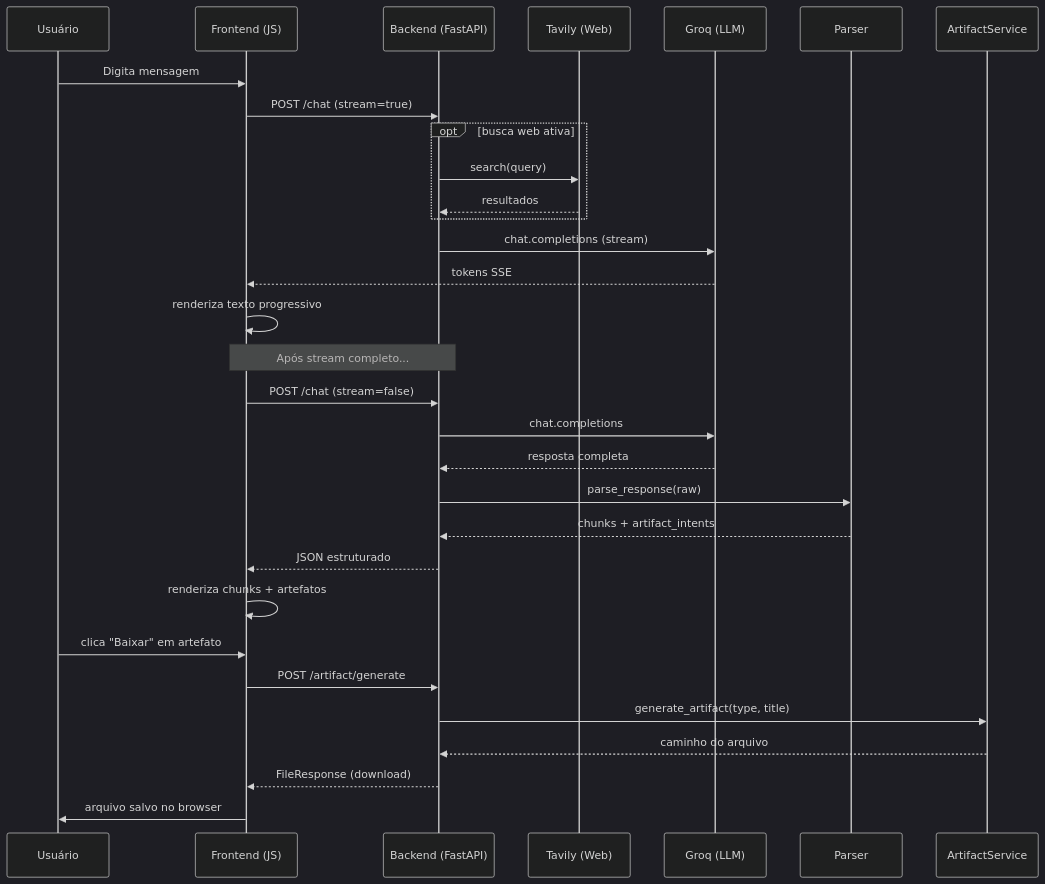
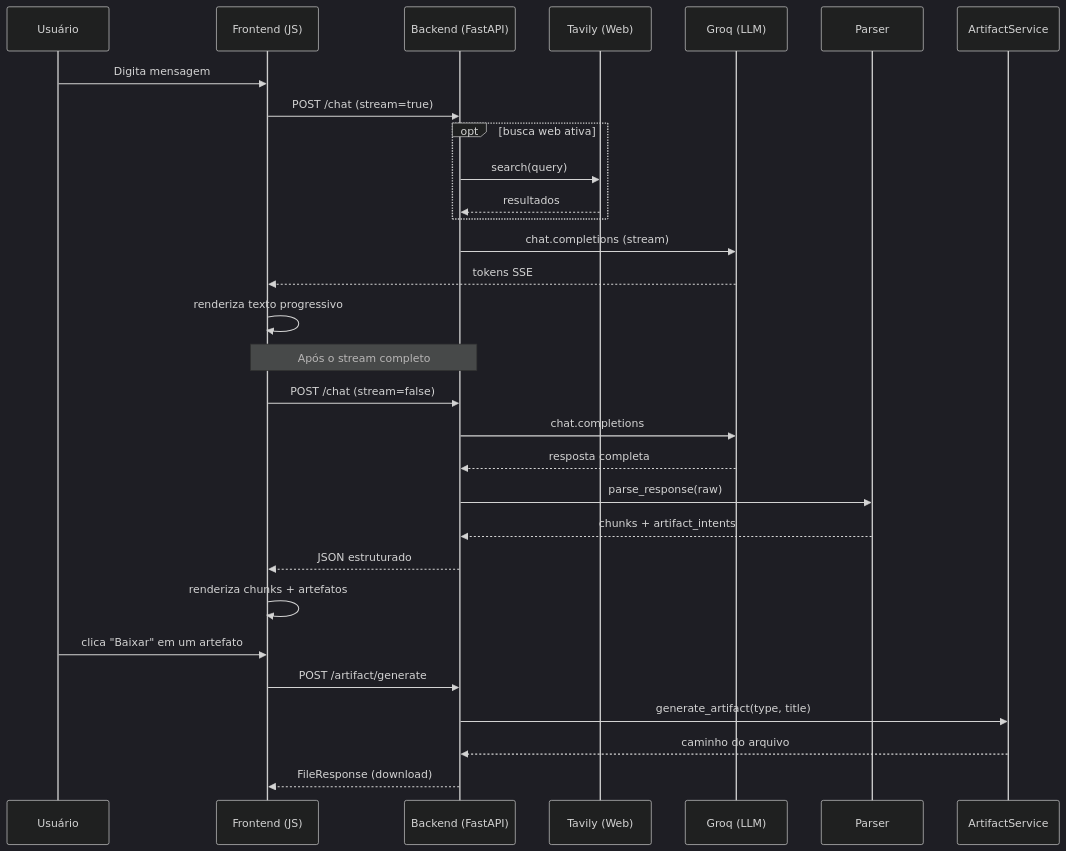
Before and after one commit to igortavaresalves/ChatIA: the diagram in README.md, drawn with Mermaid (dark theme). The commit also changed other lines of this file, not shown here.

````diff
--- a/README.md
+++ b/README.md
@@ -29,34 +27,33 @@
 ```mermaid
 sequenceDiagram
     participant U as Usuário
     participant F as Frontend (JS)
     participant B as Backend (FastAPI)
     participant W as Tavily (Web)
     participant G as Groq (LLM)
     participant P as Parser
     participant A as ArtifactService
 
     U->>F: Digita mensagem
     F->>B: POST /chat (stream=true)
     opt busca web ativa
         B->>W: search(query)
         W-->>B: resultados
     end
     B->>G: chat.completions (stream)
     G-->>F: tokens SSE
     F->>F: renderiza texto progressivo
-    Note over F,B: Após stream completo...
+    Note over F,B: Após o stream completo
     F->>B: POST /chat (stream=false)
     B->>G: chat.completions
     G-->>B: resposta completa
     B->>P: parse_response(raw)
     P-->>B: chunks + artifact_intents
     B-->>F: JSON estruturado
     F->>F: renderiza chunks + artefatos
-    U->>F: clica "Baixar" em artefato
+    U->>F: clica "Baixar" em um artefato
     F->>B: POST /artifact/generate
     B->>A: generate_artifact(type, title)
     A-->>B: caminho do arquivo
     B-->>F: FileResponse (download)
-    F->>U: arquivo salvo no browser
 ```
````
